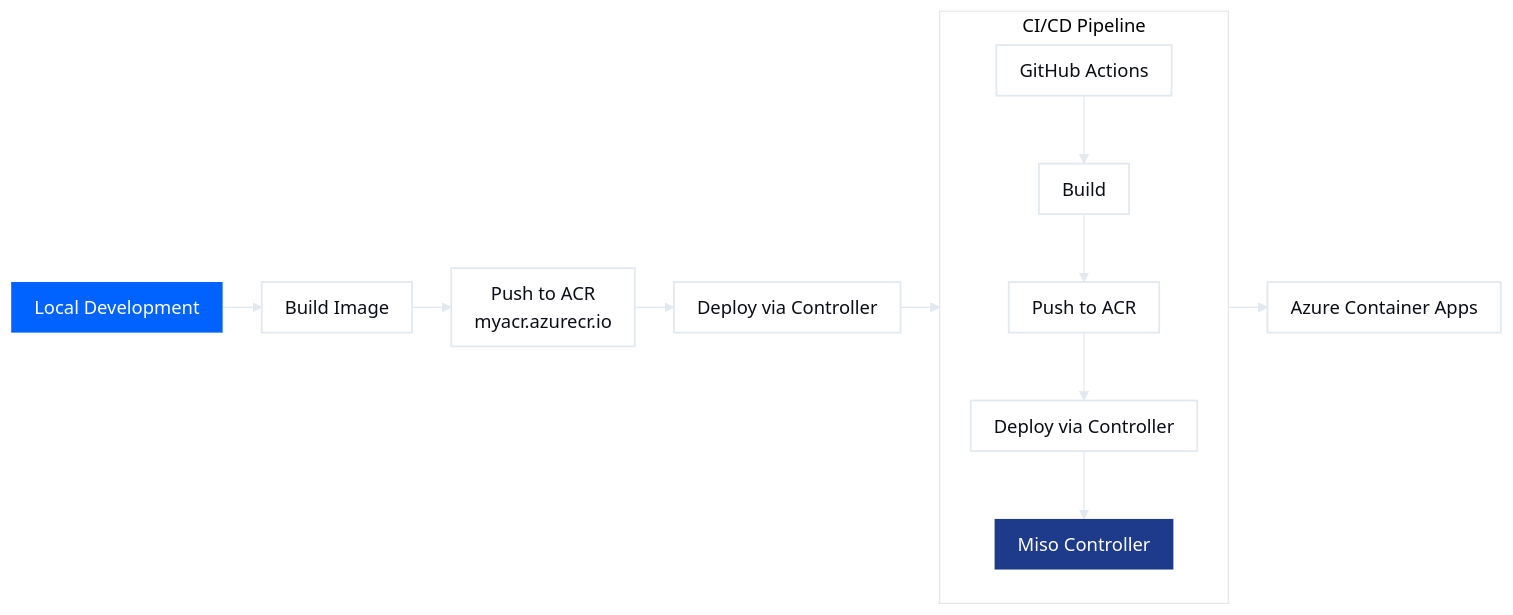
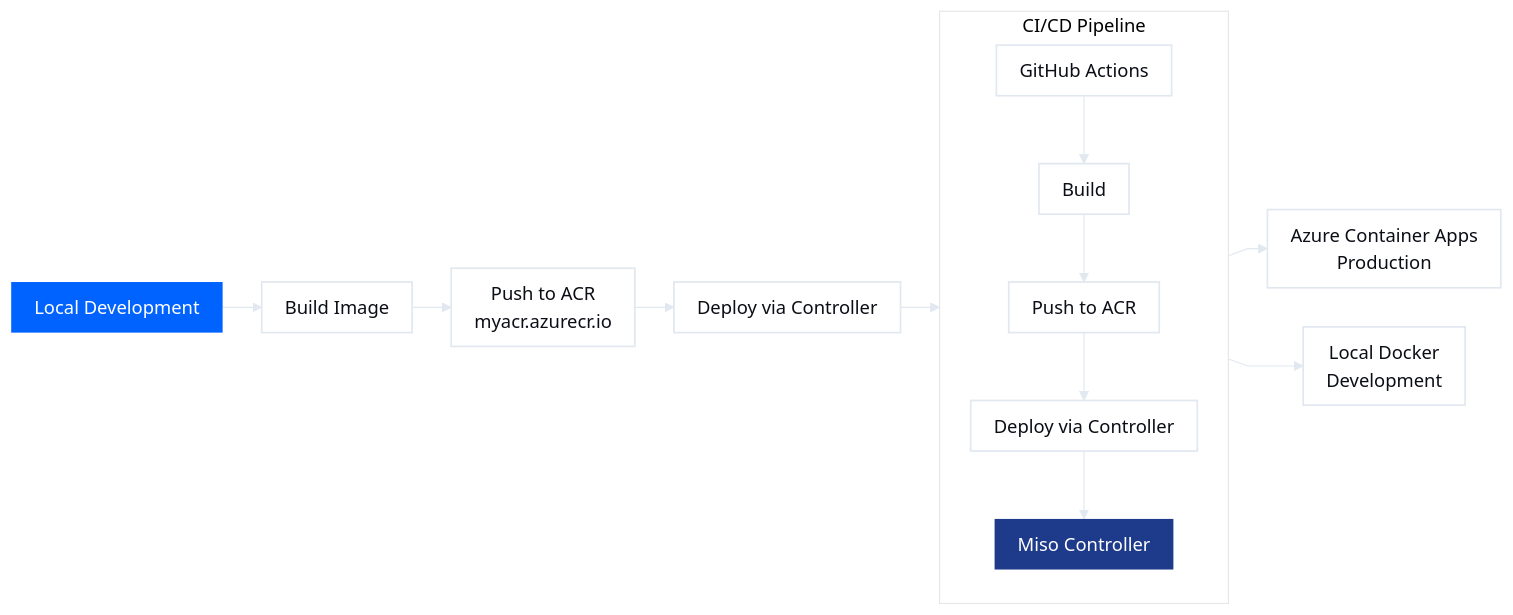
One commit to esystemsdev/aifabrix-builder changed the first of 4 diagrams in docs/deploying.md. Above: the diagram before and after it, drawn with Mermaid. The commit also changed other lines of this file and 22 other files, not shown here.

````diff
--- a/docs/deploying.md
+++ b/docs/deploying.md
@@ -45,53 +49,54 @@
 ```mermaid
 %%{init: {
   "theme": "base",
   "themeVariables": {
     "fontFamily": "Poppins, Arial Rounded MT Bold, Arial, sans-serif",
     "fontSize": "16px",
     "background": "#FFFFFF",
     "primaryColor": "#F8FAFC",
     "primaryTextColor": "#0B0E15",
     "primaryBorderColor": "#E2E8F0",
     "lineColor": "#E2E8F0",
     "textColor": "#0B0E15",
     "subGraphTitleColor": "#64748B",
     "subGraphTitleFontWeight": "500",
     "borderRadius": 16
   },
   "flowchart": {
     "curve": "linear",
     "nodeSpacing": 34,
     "rankSpacing": 34,
     "padding": 10
   }
 }}%%
 
 flowchart LR
 
 %% =======================
 %% Styles
 %% =======================
 classDef base fill:#FFFFFF,color:#0B0E15,stroke:#E2E8F0,stroke-width:1.5px;
 classDef medium fill:#1E3A8A,color:#ffffff,stroke-width:0px;
 classDef primary fill:#0062FF,color:#ffffff,stroke-width:0px;
 
 %% =======================
 %% Local Flow
 %% =======================
 Local[Local Development]:::primary --> Build[Build Image]:::base
 Build --> Push[Push to ACR<br/>myacr.azurecr.io]:::base
 Push --> Deploy[Deploy via Controller]:::base
 Deploy --> Controller[Miso Controller]:::medium
-Controller --> Azure[Azure Container Apps]:::base
+Controller --> Azure[Azure Container Apps<br/>Production]:::base
+Controller --> Docker[Local Docker<br/>Development]:::base
 
 %% =======================
 %% CI/CD Pipeline
 %% =======================
 subgraph CICD["CI/CD Pipeline"]
     direction TB
     GitHub[GitHub Actions]:::base --> BuildCI[Build]:::base
     BuildCI --> PushCI[Push to ACR]:::base
     PushCI --> DeployCI[Deploy via Controller]:::base
     DeployCI --> Controller
 end
 ```
````
